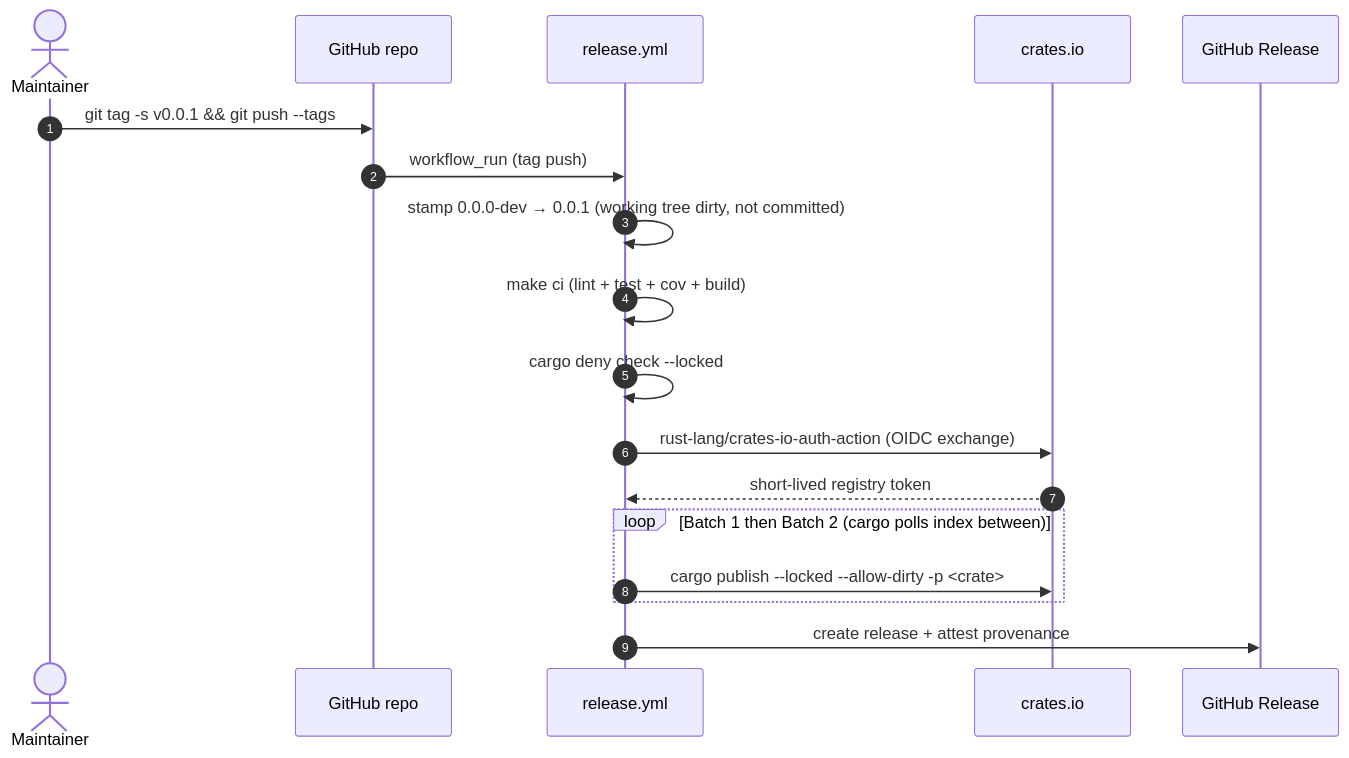
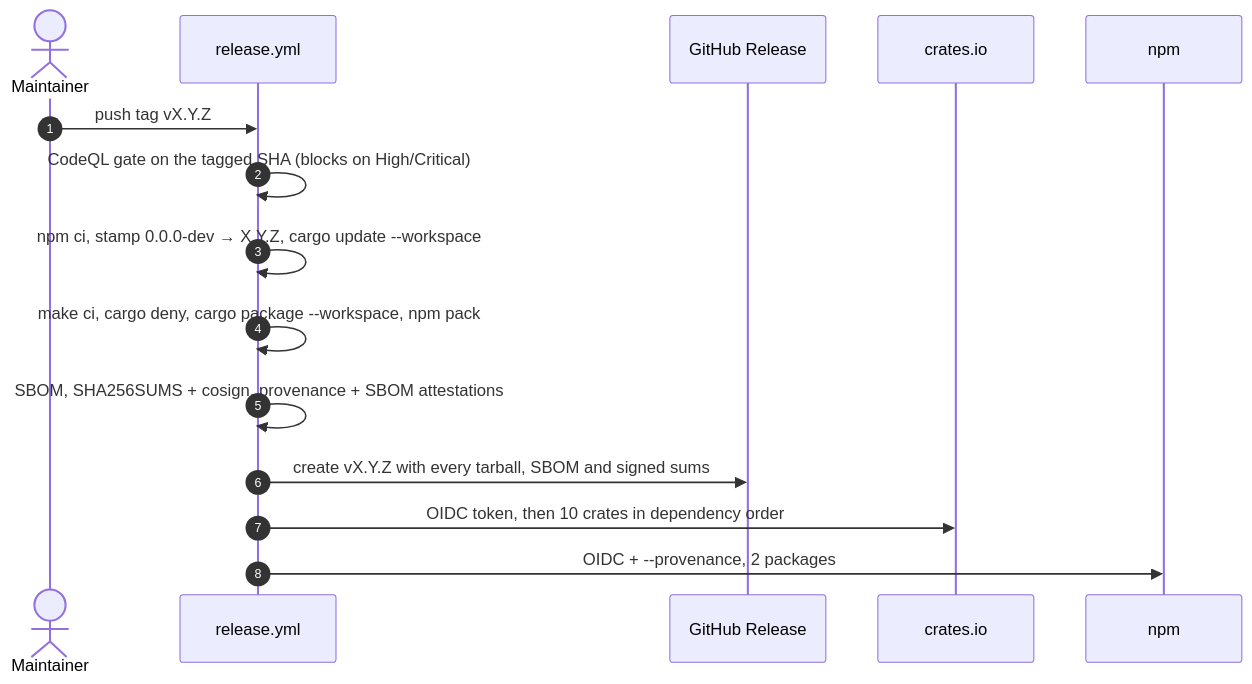
The diagram in docs/plans/publishing-plan.md (Nimblesite/lspkit), drawn with Mermaid before and after one commit. The commit also changed other lines of this file and 14 other files, not shown here.

Commit message:
Publishing pipeline: release, CodeQL and Dependabot auto-merge workflows, npm publish script

````diff
--- a/docs/plans/publishing-plan.md
+++ b/docs/plans/publishing-plan.md
@@ -32,21 +17,18 @@
 ```mermaid
 sequenceDiagram
     autonumber
     actor Dev as Maintainer
-    participant Repo as GitHub repo
     participant GHA as release.yml
+    participant Rel as GitHub Release
     participant Crates as crates.io
-    participant Rel as GitHub Release
+    participant Npm as npm
 
-    Dev->>Repo: git tag -s v0.0.1 && git push --tags
-    Repo->>GHA: workflow_run (tag push)
-    GHA->>GHA: stamp 0.0.0-dev → 0.0.1 (working tree dirty, not committed)
-    GHA->>GHA: make ci (lint + test + cov + build)
-    GHA->>GHA: cargo deny check --locked
-    GHA->>Crates: rust-lang/crates-io-auth-action (OIDC exchange)
-    Crates-->>GHA: short-lived registry token
-    loop Batch 1 then Batch 2 (cargo polls index between)
-        GHA->>Crates: cargo publish --locked --allow-dirty -p <crate>
-    end
-    GHA->>Rel: create release + attest provenance
+    Dev->>GHA: push tag vX.Y.Z
+    GHA->>GHA: CodeQL gate on the tagged SHA (blocks on High/Critical)
+    GHA->>GHA: npm ci, stamp 0.0.0-dev → X.Y.Z, cargo update --workspace
+    GHA->>GHA: make ci, cargo deny, cargo package --workspace, npm pack
+    GHA->>GHA: SBOM, SHA256SUMS + cosign, provenance + SBOM attestations
+    GHA->>Rel: create vX.Y.Z with every tarball, SBOM and signed sums
+    GHA->>Crates: OIDC token, then 10 crates in dependency order
+    GHA->>Npm: OIDC + --provenance, 2 packages
 ```
````
